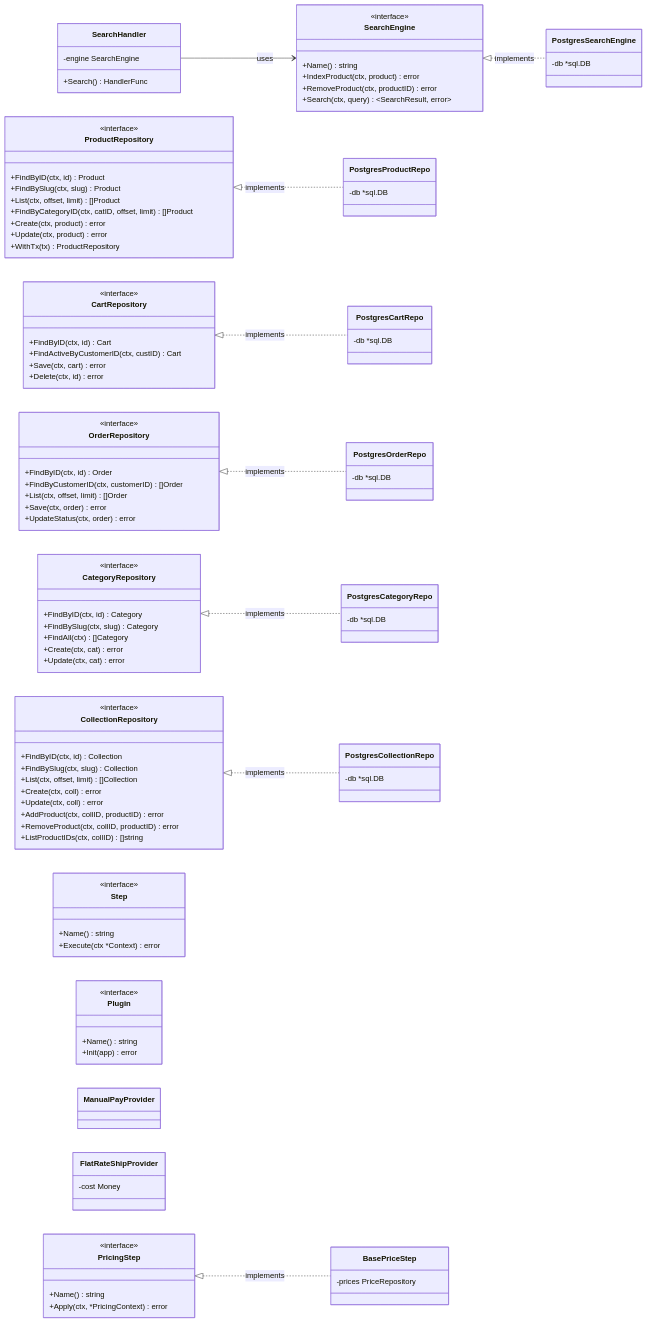
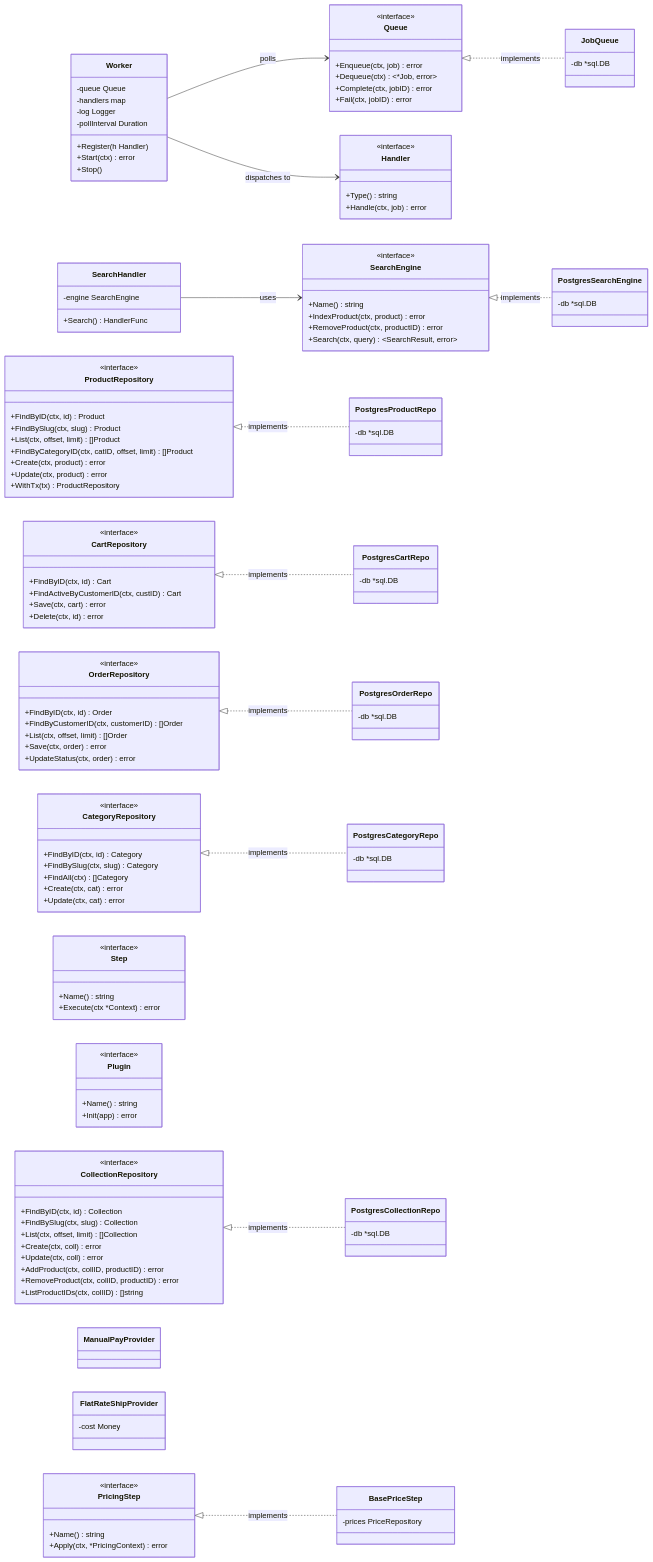
Before and after one commit to akarso/shopanda: the second of 2 diagrams in docs/diagrams/c4-code.md, drawn with Mermaid. The commit also changed other lines of this file and 11 other files, not shown here.

````diff
--- a/docs/diagrams/c4-code.md
+++ b/docs/diagrams/c4-code.md
@@ -264,6 +286,30 @@
         +Search(ctx, query) ~SearchResult, error~
     }
 
+    class Queue {
+        <<interface>>
+        +Enqueue(ctx, job) error
+        +Dequeue(ctx) ~*Job, error~
+        +Complete(ctx, jobID) error
+        +Fail(ctx, jobID) error
+    }
+
+    class Handler {
+        <<interface>>
+        +Type() string
+        +Handle(ctx, job) error
+    }
+
+    class Worker {
+        -queue Queue
+        -handlers map
+        -log Logger
+        -pollInterval Duration
+        +Register(h Handler)
+        +Start(ctx) error
+        +Stop()
+    }
+
     class PostgresProductRepo {
         -db *sql.DB
     }
@@ -290,6 +336,9 @@
     class PostgresSearchEngine {
         -db *sql.DB
     }
+    class JobQueue {
+        -db *sql.DB
+    }
     class SearchHandler {
         -engine SearchEngine
         +Search() HandlerFunc
@@ -301,6 +350,9 @@
     CategoryRepository <|.. PostgresCategoryRepo : implements
     CollectionRepository <|.. PostgresCollectionRepo : implements
     SearchEngine <|.. PostgresSearchEngine : implements
+    Queue <|.. JobQueue : implements
     PricingStep <|.. BasePriceStep : implements
     SearchHandler --> SearchEngine : uses
+    Worker --> Queue : polls
+    Worker --> Handler : dispatches to
 ```
````
